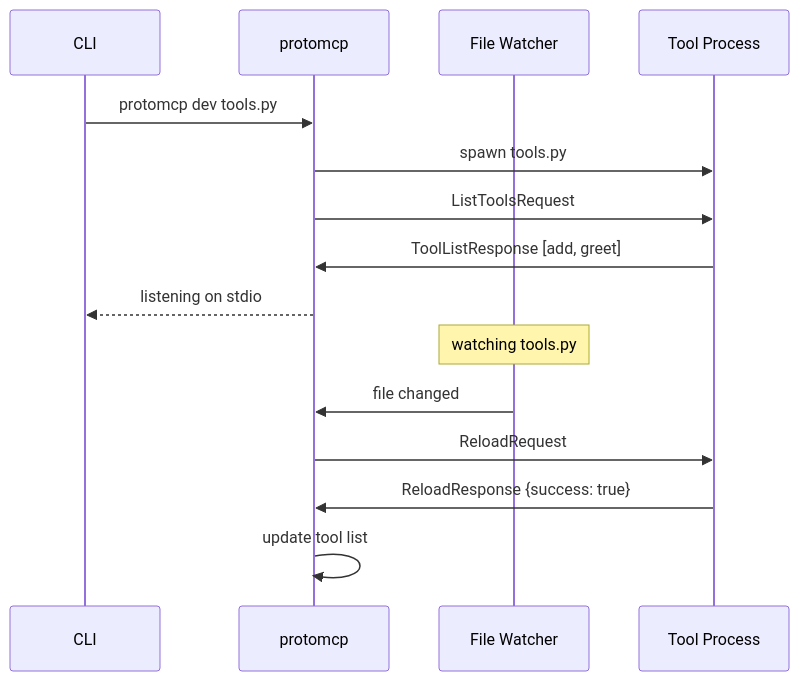
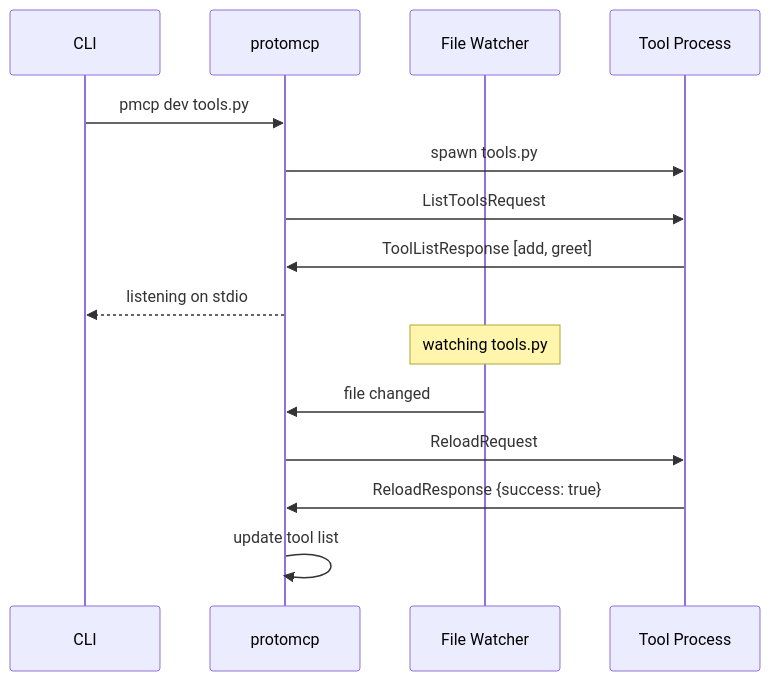
The second of 4 diagrams in docs/src/content/docs/concepts/architecture.mdx (msilverblatt/protomcp), drawn with Mermaid before and after one commit. The commit also changed 44 other files, not shown here.

First line of the commit message:
fix: rename CLI to pmcp, update repo to msilverblatt/protomcp, remove hallucinated URLs

````diff
--- a/docs/src/content/docs/concepts/architecture.mdx
+++ b/docs/src/content/docs/concepts/architecture.mdx
@@ -70,18 +70,18 @@
 ```mermaid
 sequenceDiagram
     participant CLI
     participant G as protomcp
     participant W as File Watcher
     participant T as Tool Process
 
-    CLI->>G: protomcp dev tools.py
+    CLI->>G: pmcp dev tools.py
     G->>T: spawn tools.py
     G->>T: ListToolsRequest
     T->>G: ToolListResponse [add, greet]
     G-->>CLI: listening on stdio
     Note over W: watching tools.py
     W->>G: file changed
     G->>T: ReloadRequest
     T->>G: ReloadResponse {success: true}
     G->>G: update tool list
 ```
````
